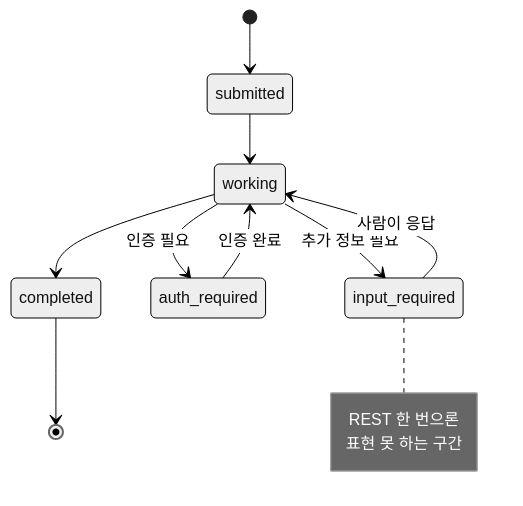
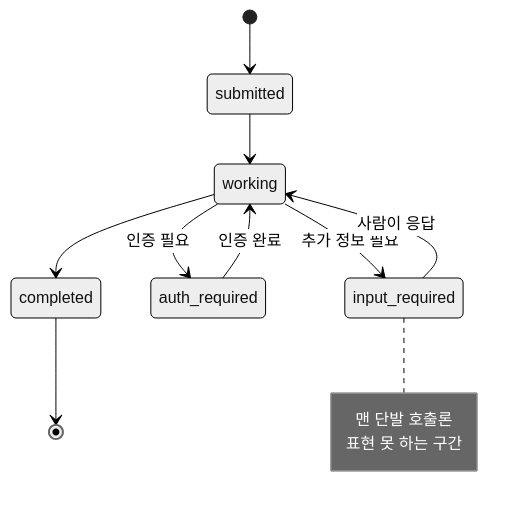
Before and after one commit to Yo-sure/deepagents-handson: the second of 7 diagrams in books/md/Chapter 5. A2A로 역할 분리.md, drawn with Mermaid (neutral theme). The commit also changed other lines of this file, not shown here.

Commit message:
Ch5: REST vs A2A 재프레이밍(⑭ A2A=Task모델·3바인딩·ACP통합, message:send) + 멀티에이전트 리서치 사례 링크(⑮)

````diff
--- a/books/md/Chapter 5. A2A로 역할 분리.md
+++ b/books/md/Chapter 5. A2A로 역할 분리.md
@@ -149,12 +150,12 @@
 ```mermaid
 stateDiagram-v2
     [*] --> submitted
     submitted --> working
     working --> input_required: 추가 정보 필요
     working --> auth_required: 인증 필요
     input_required --> working: 사람이 응답
     auth_required --> working: 인증 완료
     working --> completed
     completed --> [*]
-    note right of input_required: REST 한 번으론<br/>표현 못 하는 구간
+    note right of input_required: 맨 단발 호출론<br/>표현 못 하는 구간
 ```
````
